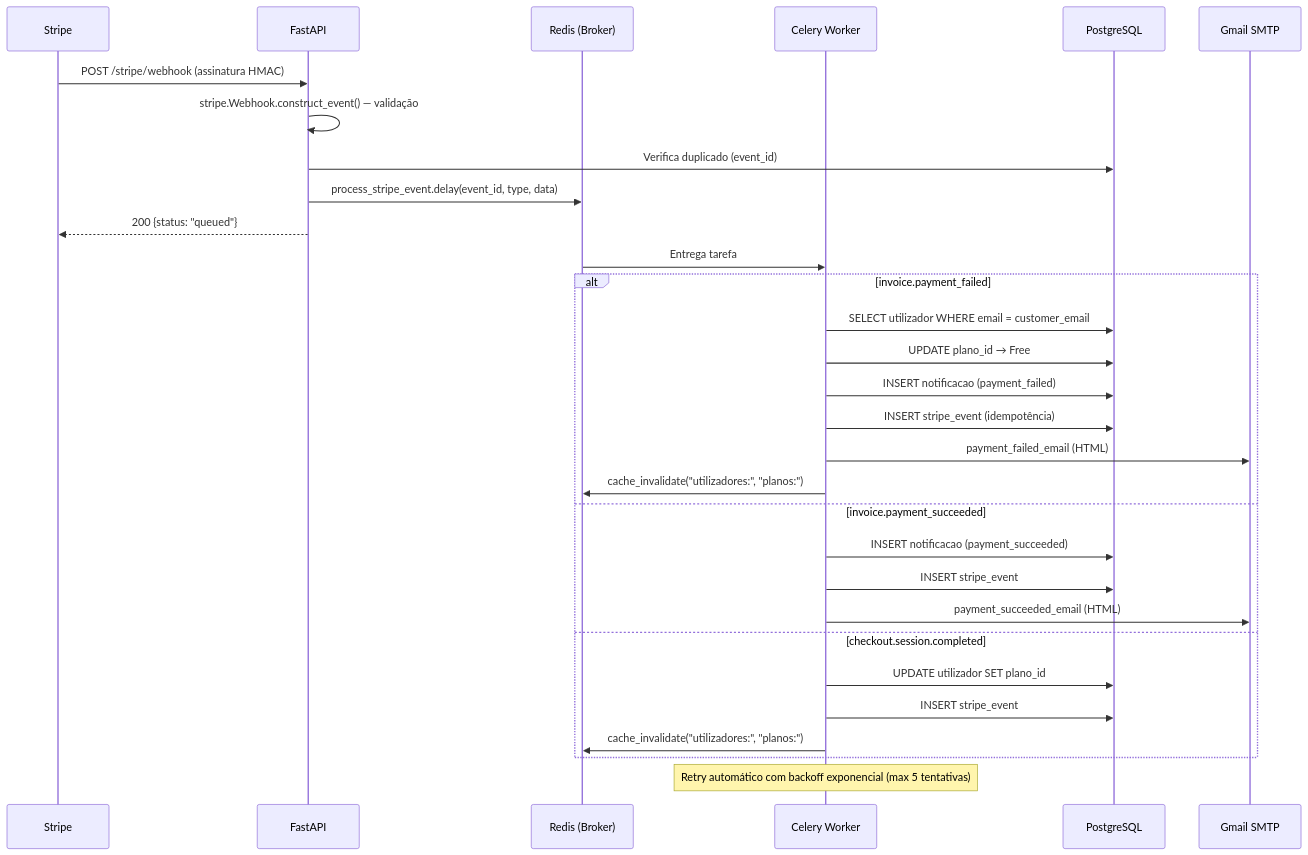
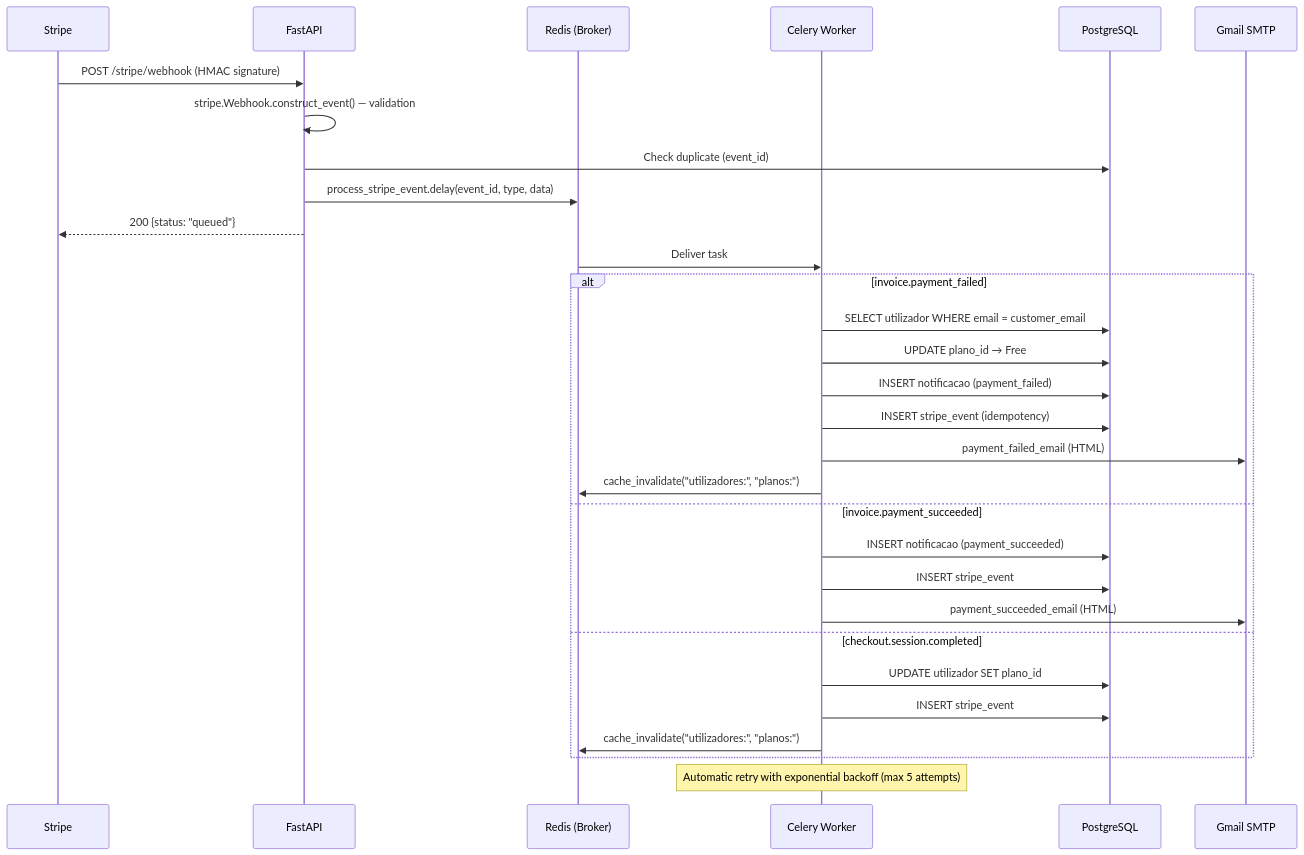
The seventh of 11 diagrams in README.md (Wand-DenaXy/-Manueli-s-Clubes), drawn with Mermaid before and after one commit. The commit also changed other lines of this file and 1 other file, not shown here.

````diff
--- a/README.md
+++ b/README.md
@@ -550,36 +550,36 @@
 ```mermaid
 sequenceDiagram
     participant S as Stripe
     participant API as FastAPI
     participant R as Redis (Broker)
     participant W as Celery Worker
     participant DB as PostgreSQL
     participant SMTP as Gmail SMTP
 
-    S->>API: POST /stripe/webhook (assinatura HMAC)
-    API->>API: stripe.Webhook.construct_event() — validação
-    API->>DB: Verifica duplicado (event_id)
+    S->>API: POST /stripe/webhook (HMAC signature)
+    API->>API: stripe.Webhook.construct_event() — validation
+    API->>DB: Check duplicate (event_id)
     API->>R: process_stripe_event.delay(event_id, type, data)
     API-->>S: 200 {status: "queued"}
 
-    R->>W: Entrega tarefa
+    R->>W: Deliver task
 
     alt invoice.payment_failed
         W->>DB: SELECT utilizador WHERE email = customer_email
         W->>DB: UPDATE plano_id → Free
         W->>DB: INSERT notificacao (payment_failed)
-        W->>DB: INSERT stripe_event (idempotência)
+        W->>DB: INSERT stripe_event (idempotency)
         W->>SMTP: payment_failed_email (HTML)
         W->>R: cache_invalidate("utilizadores:", "planos:")
     else invoice.payment_succeeded
         W->>DB: INSERT notificacao (payment_succeeded)
         W->>DB: INSERT stripe_event
         W->>SMTP: payment_succeeded_email (HTML)
     else checkout.session.completed
         W->>DB: UPDATE utilizador SET plano_id
         W->>DB: INSERT stripe_event
         W->>R: cache_invalidate("utilizadores:", "planos:")
     end
 
-    Note over W: Retry automático com backoff exponencial (max 5 tentativas)
+    Note over W: Automatic retry with exponential backoff (max 5 attempts)
 ```
````
